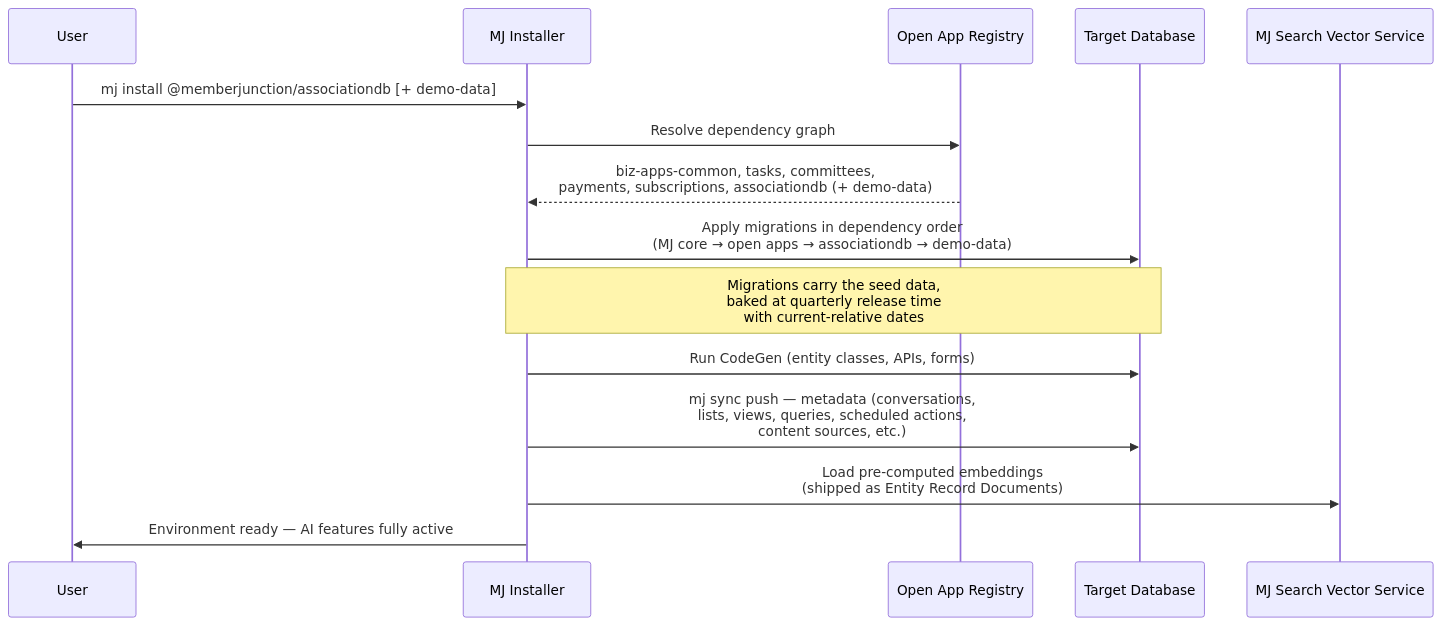
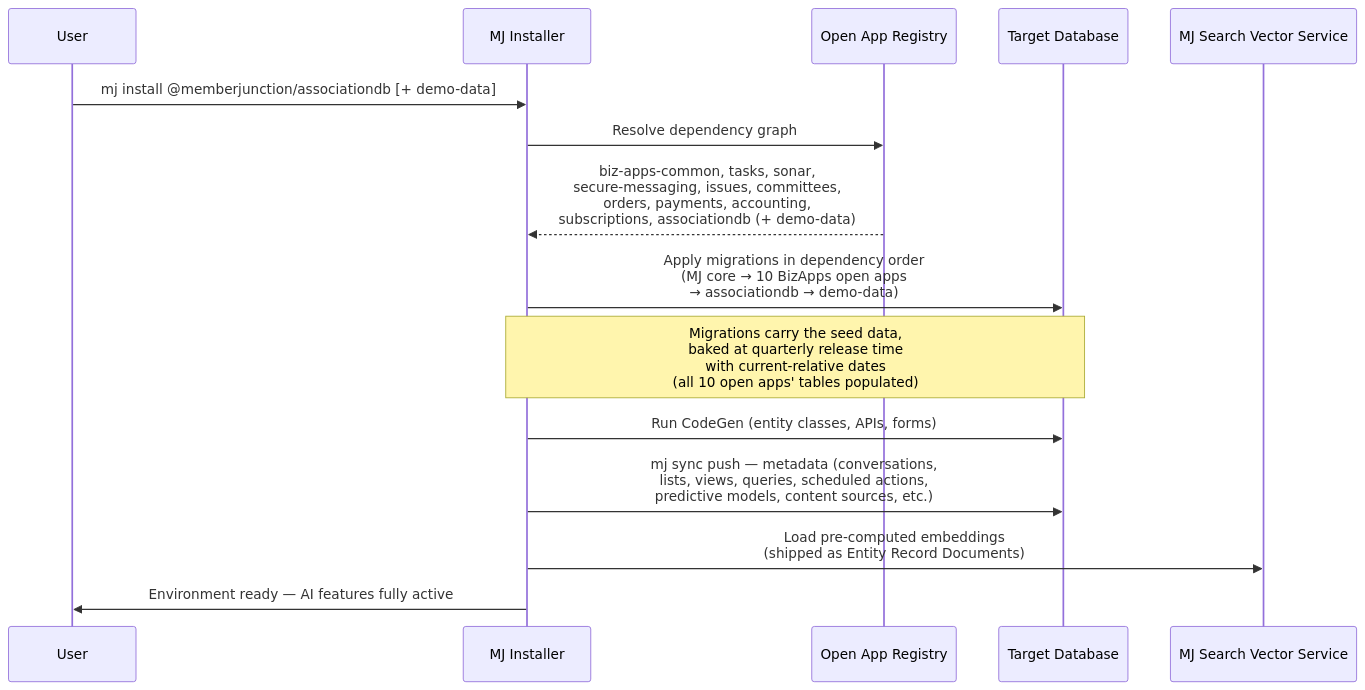
Before and after one commit to MemberJunction/MJ: the third of 8 diagrams in plans/association-db/v2-plan.md, drawn with Mermaid. The commit also changed other lines of this file, not shown here.

````diff
--- a/plans/association-db/v2-plan.md
+++ b/plans/association-db/v2-plan.md
@@ -196,18 +225,18 @@
 ```mermaid
 sequenceDiagram
     participant User
     participant Installer as MJ Installer
     participant Registry as Open App Registry
     participant DB as Target Database
     participant SVS as MJ Search Vector Service
 
     User->>Installer: mj install @memberjunction/associationdb [+ demo-data]
     Installer->>Registry: Resolve dependency graph
-    Registry-->>Installer: biz-apps-common, tasks, committees,<br/>payments, subscriptions, associationdb (+ demo-data)
-    Installer->>DB: Apply migrations in dependency order<br/>(MJ core → open apps → associationdb → demo-data)
-    Note over Installer,DB: Migrations carry the seed data,<br/>baked at quarterly release time<br/>with current-relative dates
+    Registry-->>Installer: biz-apps-common, tasks, sonar,<br/>secure-messaging, issues, committees,<br/>orders, payments, accounting,<br/>subscriptions, associationdb (+ demo-data)
+    Installer->>DB: Apply migrations in dependency order<br/>(MJ core → 10 BizApps open apps<br/>→ associationdb → demo-data)
+    Note over Installer,DB: Migrations carry the seed data,<br/>baked at quarterly release time<br/>with current-relative dates<br/>(all 10 open apps' tables populated)
     Installer->>DB: Run CodeGen (entity classes, APIs, forms)
-    Installer->>DB: mj sync push — metadata (conversations,<br/>lists, views, queries, scheduled actions,<br/>content sources, etc.)
+    Installer->>DB: mj sync push — metadata (conversations,<br/>lists, views, queries, scheduled actions,<br/>predictive models, content sources, etc.)
     Installer->>SVS: Load pre-computed embeddings<br/>(shipped as Entity Record Documents)
     Installer->>User: Environment ready — AI features fully active
 ```
````
